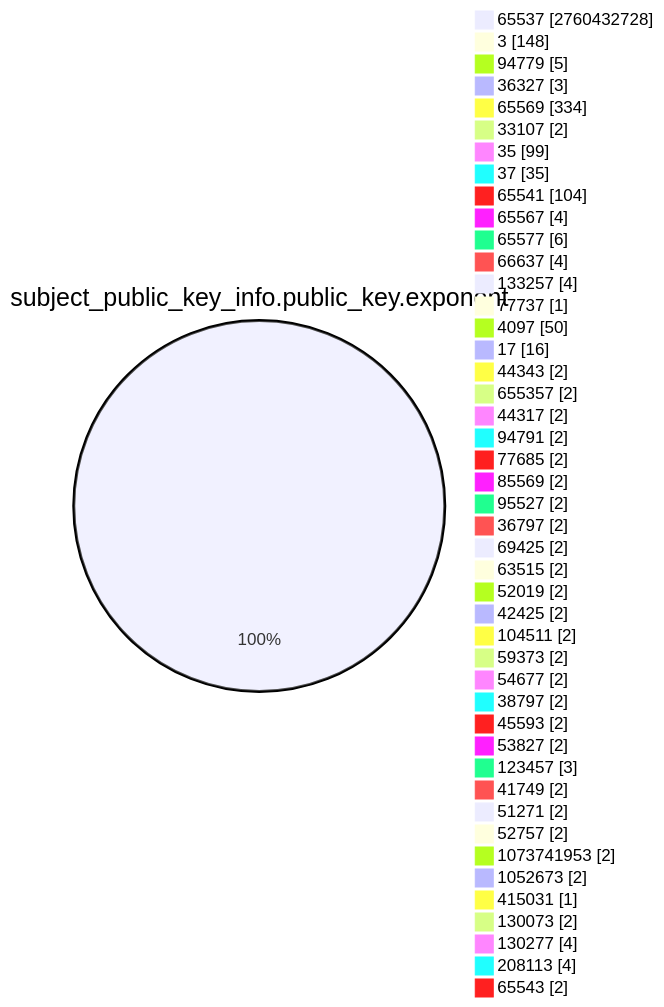
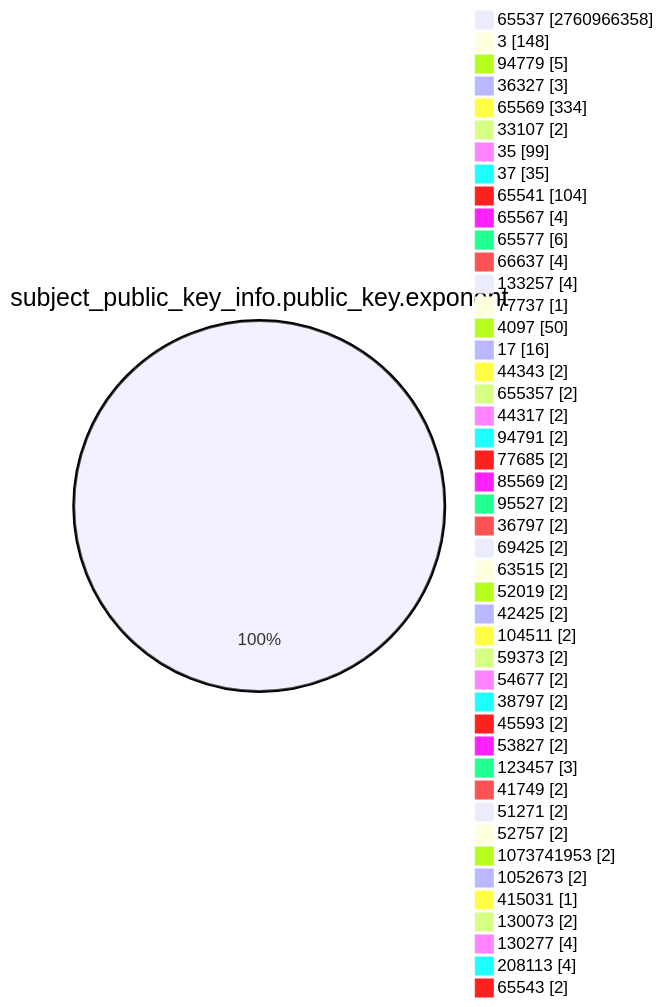
The fourth of 15 diagrams in TOTAL/README.md (christiankrug/ctmonitor_visualization), drawn with Mermaid before and after one commit. The commit also changed other lines of this file, not shown here.

````diff
--- a/TOTAL/README.md
+++ b/TOTAL/README.md
@@ -1467,49 +1467,49 @@
 ```mermaid
 pie showData
 title subject_public_key_info.public_key.exponent
-"65537" :2760432728
+"65537" :2760966358
 "3" :148
 "94779" :5
 "36327" :3
 "65569" :334
 "33107" :2
 "35" :99
 "37" :35
 "65541" :104
 "65567" :4
 "65577" :6
 "66637" :4
 "133257" :4
 "77737" :1
 "4097" :50
 "17" :16
 "44343" :2
 "655357" :2
 "44317" :2
 "94791" :2
 "77685" :2
 "85569" :2
 "95527" :2
 "36797" :2
 "69425" :2
 "63515" :2
 "52019" :2
 "42425" :2
 "104511" :2
 "59373" :2
 "54677" :2
 "38797" :2
 "45593" :2
 "53827" :2
 "123457" :3
 "41749" :2
 "51271" :2
 "52757" :2
 "1073741953" :2
 "1052673" :2
 "415031" :1
 "130073" :2
 "130277" :4
 "208113" :4
 "65543" :2
 ```
````
